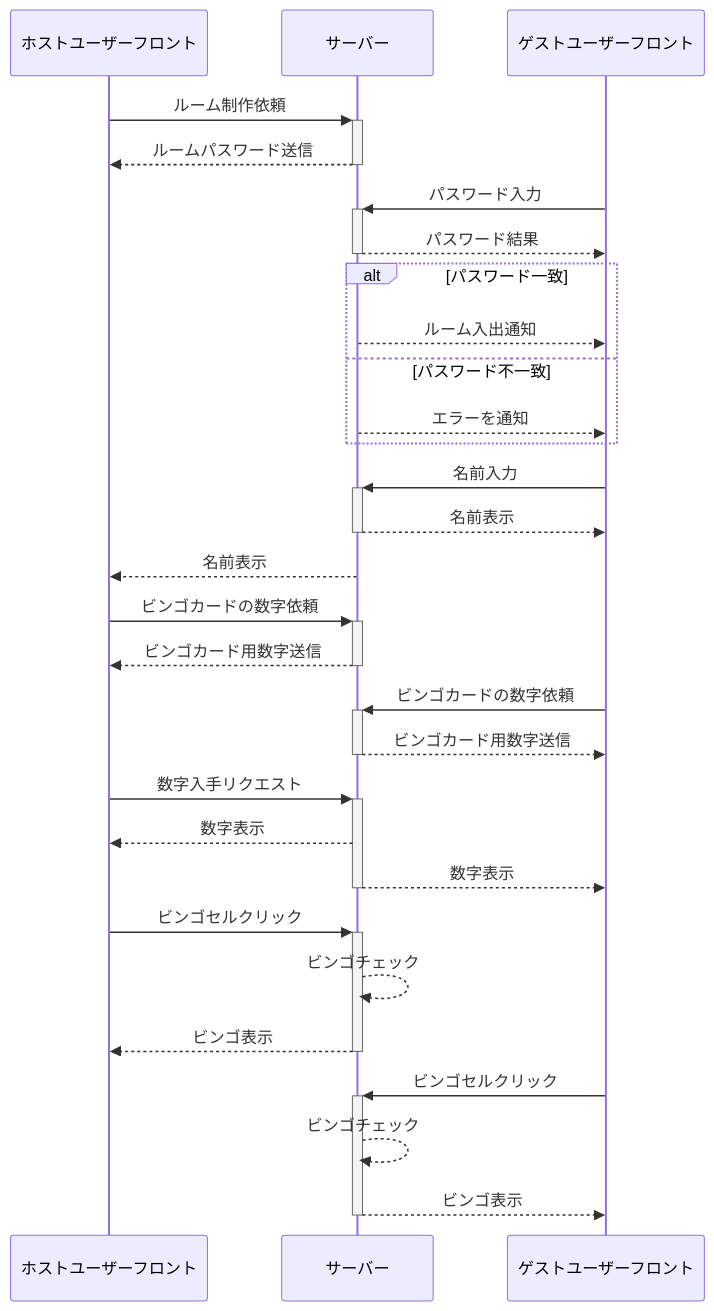
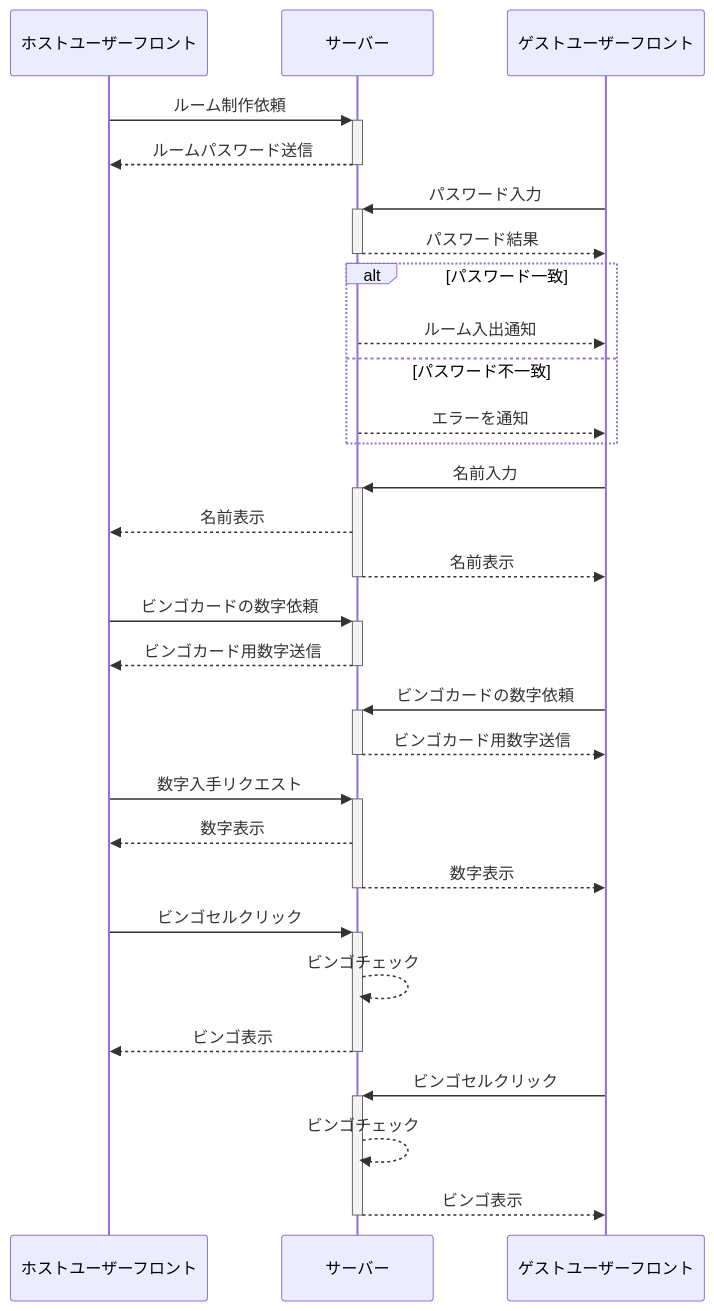
Before and after one commit to MizugutiK/Bingo: the diagram in README.md, drawn with Mermaid. The commit also changed other lines of this file, not shown here.

````diff
--- a/README.md
+++ b/README.md
@@ -4,38 +4,38 @@
 ```mermaid
 sequenceDiagram;
 participant ホストユーザーフロント
 participant サーバー
 participant ゲストユーザーフロント
 
 ホストユーザーフロント  ->>+     サーバー:ルーム制作依頼
 サーバー               -->>-     ホストユーザーフロント:ルームパスワード送信
 
 ゲストユーザーフロント  ->>+     サーバー:パスワード入力
 サーバー               -->>-     ゲストユーザーフロント:パスワード結果
 alt パスワード一致　
 サーバー　-->>  ゲストユーザーフロント:ルーム入出通知
 else パスワード不一致
 サーバー -->>   ゲストユーザーフロント:エラーを通知
 end
 
 ゲストユーザーフロント  ->>+     サーバー:名前入力
+サーバー               -->>      ホストユーザーフロント:名前表示
 サーバー               -->>-      ゲストユーザーフロント:名前表示
-サーバー               -->>      ホストユーザーフロント:名前表示
 
 ホストユーザーフロント  ->>+     サーバー:ビンゴカードの数字依頼
 サーバー               -->>-     ホストユーザーフロント:ビンゴカード用数字送信
 ゲストユーザーフロント  ->>+     サーバー:ビンゴカードの数字依頼
 サーバー               -->>-     ゲストユーザーフロント:ビンゴカード用数字送信
 
 ホストユーザーフロント  ->>+     サーバー:数字入手リクエスト
 サーバー               -->>     ホストユーザーフロント:数字表示
 サーバー               -->>-     ゲストユーザーフロント:数字表示
 
 ホストユーザーフロント  ->>+     サーバー:ビンゴセルクリック
 サーバー               -->>     サーバー:ビンゴチェック
 サーバー               -->>-     ホストユーザーフロント:ビンゴ表示
 
 ゲストユーザーフロント  ->>+     サーバー:ビンゴセルクリック
 サーバー               -->>     サーバー:ビンゴチェック
 サーバー               -->>-     ゲストユーザーフロント:ビンゴ表示
 ```
````
